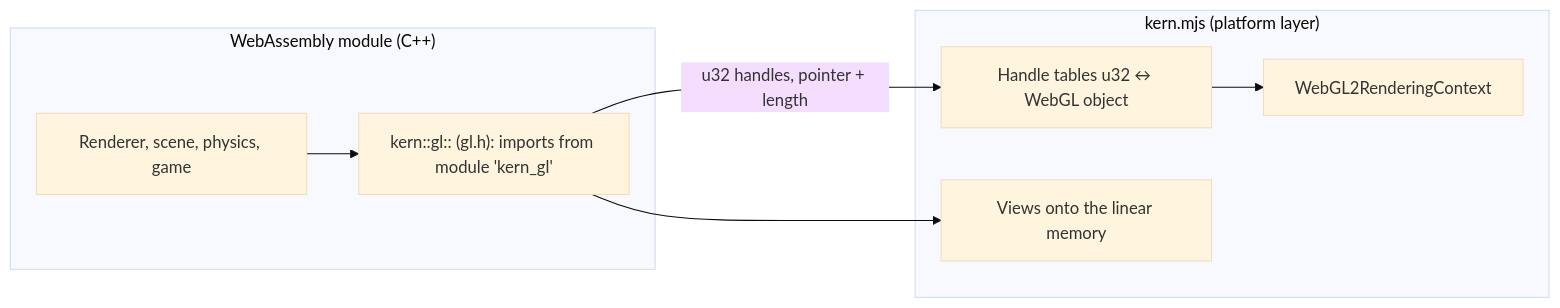
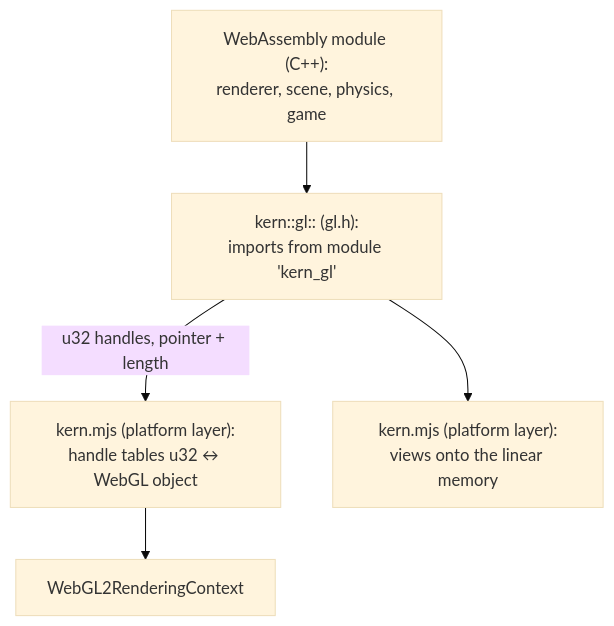
Before and after one commit to ChristianHohlfeld/kernengine.de: the fourth of 4 diagrams in kern/docs/book/B-rendering.md, drawn with Mermaid (base theme). The commit also changed other lines of this file and 50 other files, not shown here.

First line of the commit message:
Bücher: ASCII-Zeichnungen durch Abbildungen ersetzt, Mermaid lesbar, Formeln sichtbar

````diff
--- a/kern/docs/book/B-rendering.md
+++ b/kern/docs/book/B-rendering.md
@@ -845,12 +801,7 @@
 ```mermaid
-flowchart LR
-  subgraph WASM["WebAssembly module (C++)"]
-    R["Renderer, scene, physics, game"] --> GLH["kern::gl:: (gl.h): imports from module 'kern_gl'"]
-  end
-  subgraph JS["kern.mjs (platform layer)"]
-    T["Handle tables u32 ↔ WebGL object"] --> WG["WebGL2RenderingContext"]
-    MEM["Views onto the linear memory"]
-  end
-  GLH -->|"u32 handles, pointer + length"| T
-  GLH --> MEM
+flowchart TB
+  R["WebAssembly module (C++):<br/>renderer, scene, physics, game"] --> GLH["kern::gl:: (gl.h):<br/>imports from module 'kern_gl'"]
+  GLH -->|"u32 handles, pointer + length"| T["kern.mjs (platform layer):<br/>handle tables u32 ↔ WebGL object"]
+  GLH --> MEM["kern.mjs (platform layer):<br/>views onto the linear memory"]
+  T --> WG["WebGL2RenderingContext"]
 ```
````
